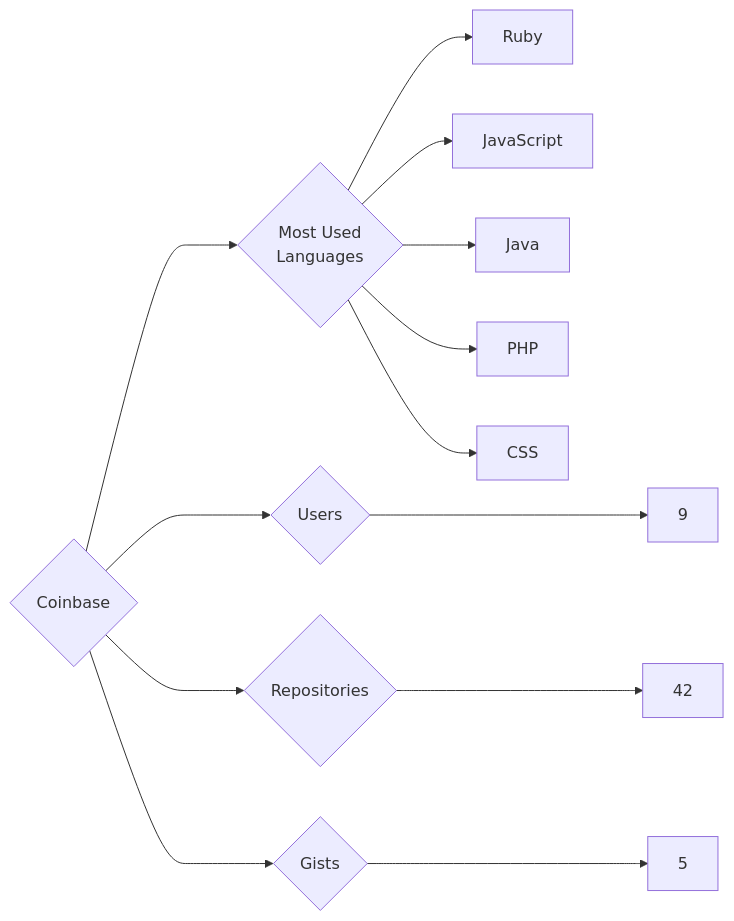
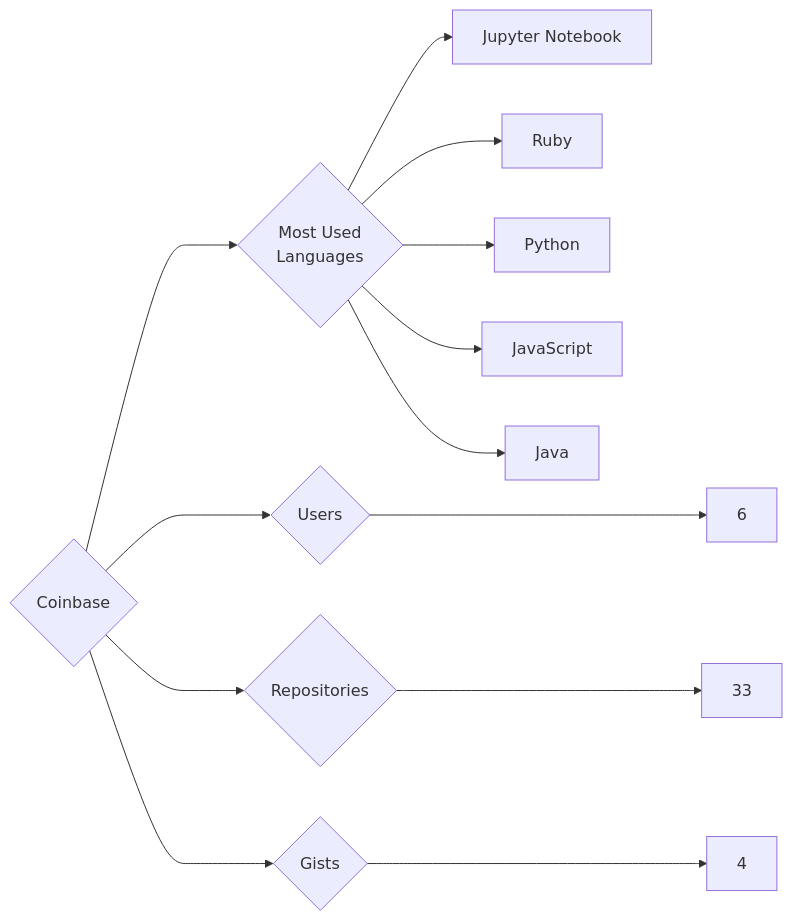
The diagram in targets/Coinbase/README.md (trickest/insiders), drawn with Mermaid before and after one commit. The commit also changed 1148 other files, not shown here.

````diff
--- a/targets/Coinbase/README.md
+++ b/targets/Coinbase/README.md
@@ -3,13 +3,13 @@
 ```mermaid
 graph LR
 COMPANY_NAME{Coinbase}
-COMPANY_NAME ---> U{Users} ---> UN[9]
-COMPANY_NAME ---> R{Repositories} ---> RN[42]
-COMPANY_NAME ---> G{Gists} ---> GN[5]
+COMPANY_NAME ---> U{Users} ---> UN[6]
+COMPANY_NAME ---> R{Repositories} ---> RN[33]
+COMPANY_NAME ---> G{Gists} ---> GN[4]
 COMPANY_NAME ---> ML{Most Used<br>Languages}
+ML --> Jupyter_Notebook[Jupyter Notebook]
 ML --> Ruby[Ruby]
+ML --> Python[Python]
 ML --> JavaScript[JavaScript]
 ML --> Java[Java]
-ML --> PHP[PHP]
-ML --> CSS[CSS]
 ```
````
